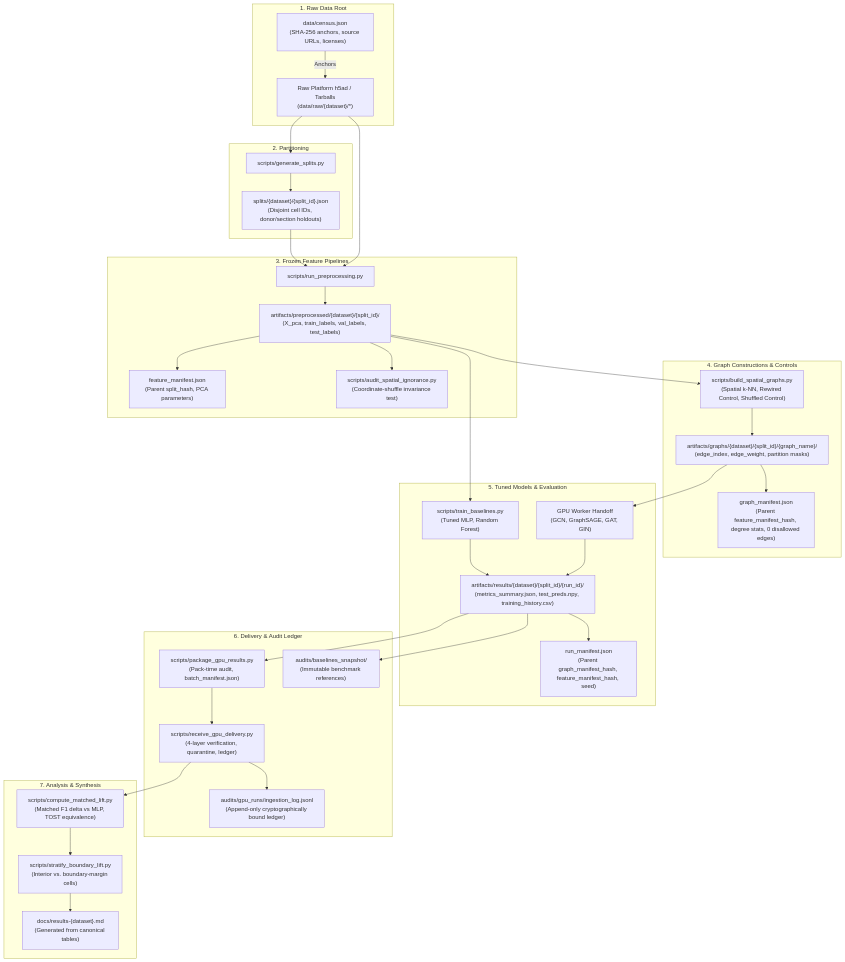
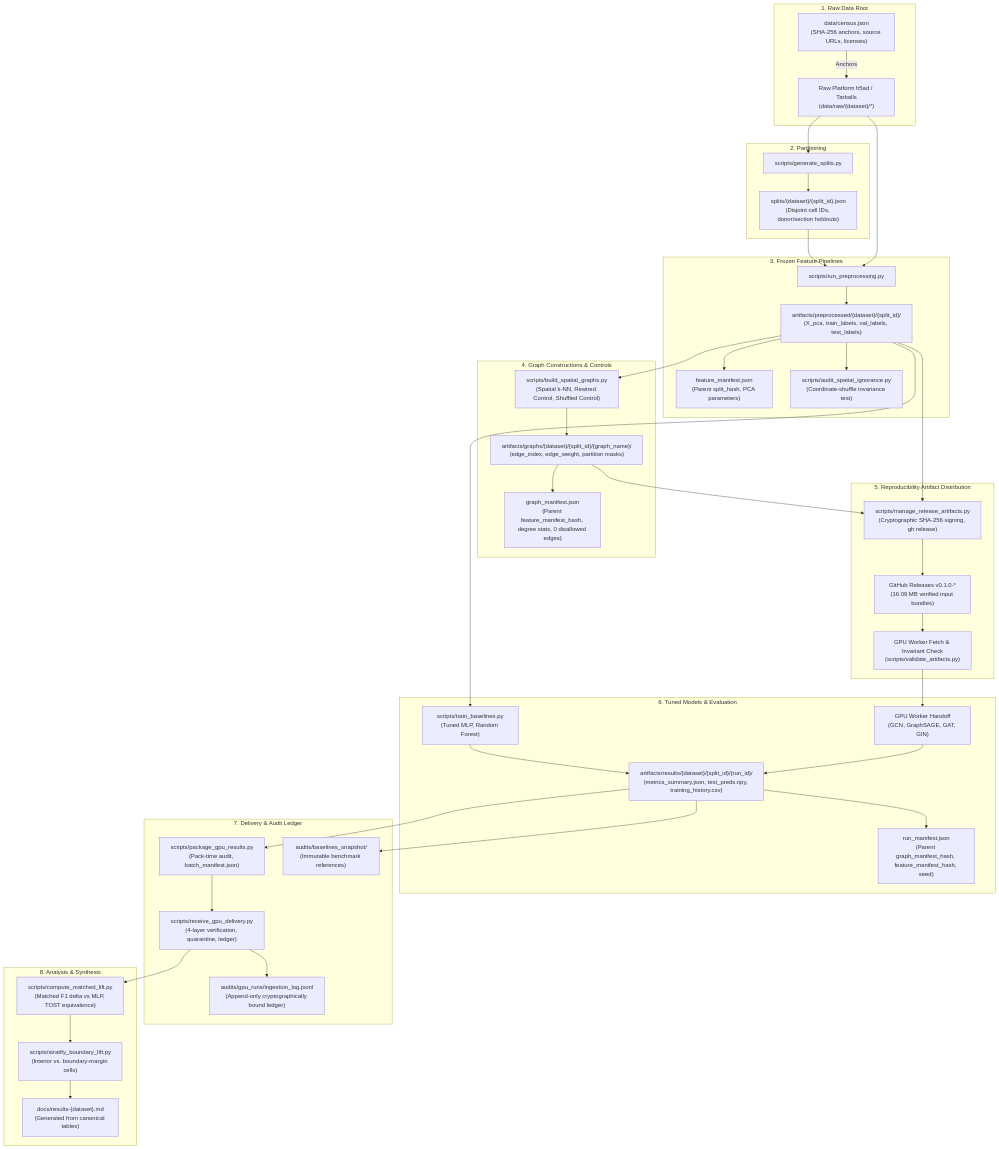
Before and after one commit to ToruOkadaOi/spatial-graph-bench: the diagram in docs/provenance.md, drawn with Mermaid. The commit also changed 3 other files, not shown here.

Commit message:
feat(reproducibility): implement GitHub Releases artifact manager and handoff integration

````diff
--- a/docs/provenance.md
+++ b/docs/provenance.md
@@ -3,68 +3,78 @@
 ```mermaid
 flowchart TD
     subgraph RawData ["1. Raw Data Root"]
         Census["data/census.json\n(SHA-256 anchors, source URLs, licenses)"]
         RawH5AD["Raw Platform h5ad / Tarballs\n(data/raw/{dataset}/*)"]
         Census -->|Anchors| RawH5AD
     end
 
     subgraph SplitPhase ["2. Partitioning"]
         SplitGen["scripts/generate_splits.py"]
         SplitJSON["splits/{dataset}/{split_id}.json\n(Disjoint cell IDs, donor/section holdouts)"]
         RawH5AD --> SplitGen
         SplitGen --> SplitJSON
     end
 
     subgraph PreprocessPhase ["3. Frozen Feature Pipelines"]
         PrepScript["scripts/run_preprocessing.py"]
         PrepBundle["artifacts/preprocessed/{dataset}/{split_id}/\n(X_pca, train_labels, val_labels, test_labels)"]
         FeatManifest["feature_manifest.json\n(Parent split_hash, PCA parameters)"]
         ShuffleAudit["scripts/audit_spatial_ignorance.py\n(Coordinate-shuffle invariance test)"]
         SplitJSON --> PrepScript
         RawH5AD --> PrepScript
         PrepScript --> PrepBundle
         PrepBundle --> FeatManifest
         PrepBundle --> ShuffleAudit
     end
 
     subgraph ConstructionPhase ["4. Graph Constructions & Controls"]
         GraphBuilders["scripts/build_spatial_graphs.py\n(Spatial k-NN, Rewired Control, Shuffled Control)"]
         GraphBundle["artifacts/graphs/{dataset}/{split_id}/{graph_name}/\n(edge_index, edge_weight, partition masks)"]
         GraphManifest["graph_manifest.json\n(Parent feature_manifest_hash, degree stats, 0 disallowed edges)"]
         PrepBundle --> GraphBuilders
         GraphBuilders --> GraphBundle
         GraphBundle --> GraphManifest
     end
 
-    subgraph TrainingPhase ["5. Tuned Models & Evaluation"]
+    subgraph DistributionPhase ["5. Reproducibility Artifact Distribution"]
+        RelScript["scripts/manage_release_artifacts.py\n(Cryptographic SHA-256 signing, gh release)"]
+        GitHubRelease["GitHub Releases v0.1.0-*\n(16.09 MB verified input bundles)"]
+        WorkerFetch["GPU Worker Fetch & Invariant Check\n(scripts/validate_artifacts.py)"]
+        PrepBundle --> RelScript
+        GraphBundle --> RelScript
+        RelScript --> GitHubRelease
+        GitHubRelease --> WorkerFetch
+    end
+
+    subgraph TrainingPhase ["6. Tuned Models & Evaluation"]
         TrainBaselines["scripts/train_baselines.py\n(Tuned MLP, Random Forest)"]
         GPUSweep["GPU Worker Handoff\n(GCN, GraphSAGE, GAT, GIN)"]
         RunManifest["run_manifest.json\n(Parent graph_manifest_hash, feature_manifest_hash, seed)"]
         Results["artifacts/results/{dataset}/{split_id}/{run_id}/\n(metrics_summary.json, test_preds.npy, training_history.csv)"]
-        GraphBundle --> GPUSweep
+        WorkerFetch --> GPUSweep
         PrepBundle --> TrainBaselines
         TrainBaselines --> Results
         GPUSweep --> Results
         Results --> RunManifest
     end
 
-    subgraph VerificationPhase ["6. Delivery & Audit Ledger"]
+    subgraph VerificationPhase ["7. Delivery & Audit Ledger"]
         PackGPU["scripts/package_gpu_results.py\n(Pack-time audit, batch_manifest.json)"]
         RecvGPU["scripts/receive_gpu_delivery.py\n(4-layer verification, quarantine, ledger)"]
         IngestionLedger["audits/gpu_runs/ingestion_log.jsonl\n(Append-only cryptographically bound ledger)"]
         BaselinesSnapshot["audits/baselines_snapshot/\n(Immutable benchmark references)"]
         Results --> PackGPU
         PackGPU --> RecvGPU
         RecvGPU --> IngestionLedger
         Results --> BaselinesSnapshot
     end
 
-    subgraph ReportingPhase ["7. Analysis & Synthesis"]
+    subgraph ReportingPhase ["8. Analysis & Synthesis"]
         LiftCompute["scripts/compute_matched_lift.py\n(Matched F1 delta vs MLP, TOST equivalence)"]
         BoundaryAnalysis["scripts/stratify_boundary_lift.py\n(Interior vs. boundary-margin cells)"]
         Reports["docs/results-{dataset}.md\n(Generated from canonical tables)"]
         RecvGPU --> LiftCompute
         LiftCompute --> BoundaryAnalysis
         BoundaryAnalysis --> Reports
     end
 ```
````
